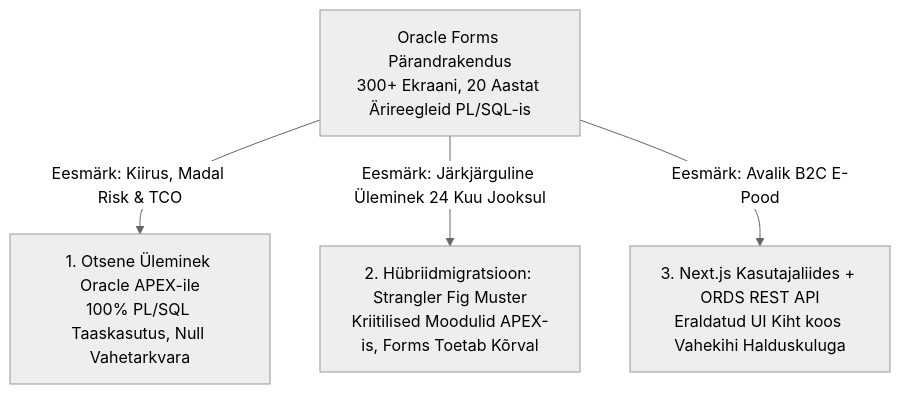
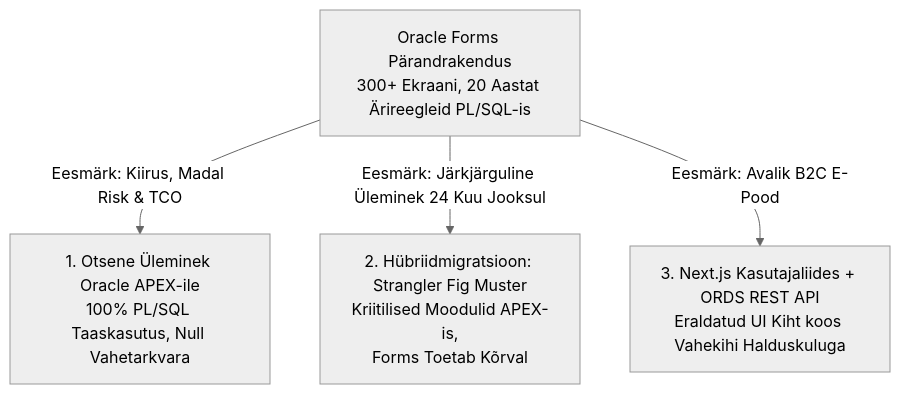
One commit to alahe/oracle-devops-platform changed the fifth of 6 diagrams in docs/et/forms-to-apex-migration-guide.md. Above: the diagram before and after it, drawn with Mermaid (neutral theme). The commit also changed other lines of this file and 412 other files, not shown here.

````diff
--- a/docs/et/forms-to-apex-migration-guide.md
+++ b/docs/et/forms-to-apex-migration-guide.md
@@ -198,8 +198,8 @@
 ```mermaid
 graph TD
   F[Oracle Forms Pärandrakendus<br/>300+ Ekraani, 20 Aastat Ärireegleid PL/SQL-is]
   
   F -->|Eesmärk: Kiirus, Madal Risk & TCO| APEX[1. Otsene Üleminek Oracle APEX-ile<br/>100% PL/SQL Taaskasutus, Null Vahetarkvara]
-  F -->|Eesmärk: Järkjärguline Üleminek 24 Kuu Jooksul| HYBRID[2. Hübriidmigratsioon: Strangler Fig Muster<br/>Kriitilised Moodulid APEX-is, Forms Toetab Kõrval]
+  F -->|Eesmärk: Järkjärguline Üleminek 24 Kuu Jooksul| HYBRID[2. Hübriidmigratsioon: Strangler Fig Muster<br/>Kriitilised Moodulid APEX-is,<br/>Forms Toetab Kõrval]
   F -->|Eesmärk: Avalik B2C E-Pood| NEXT[3. Next.js Kasutajaliides + ORDS REST API<br/>Eraldatud UI Kiht koos Vahekihi Halduskuluga]
 ```
````
